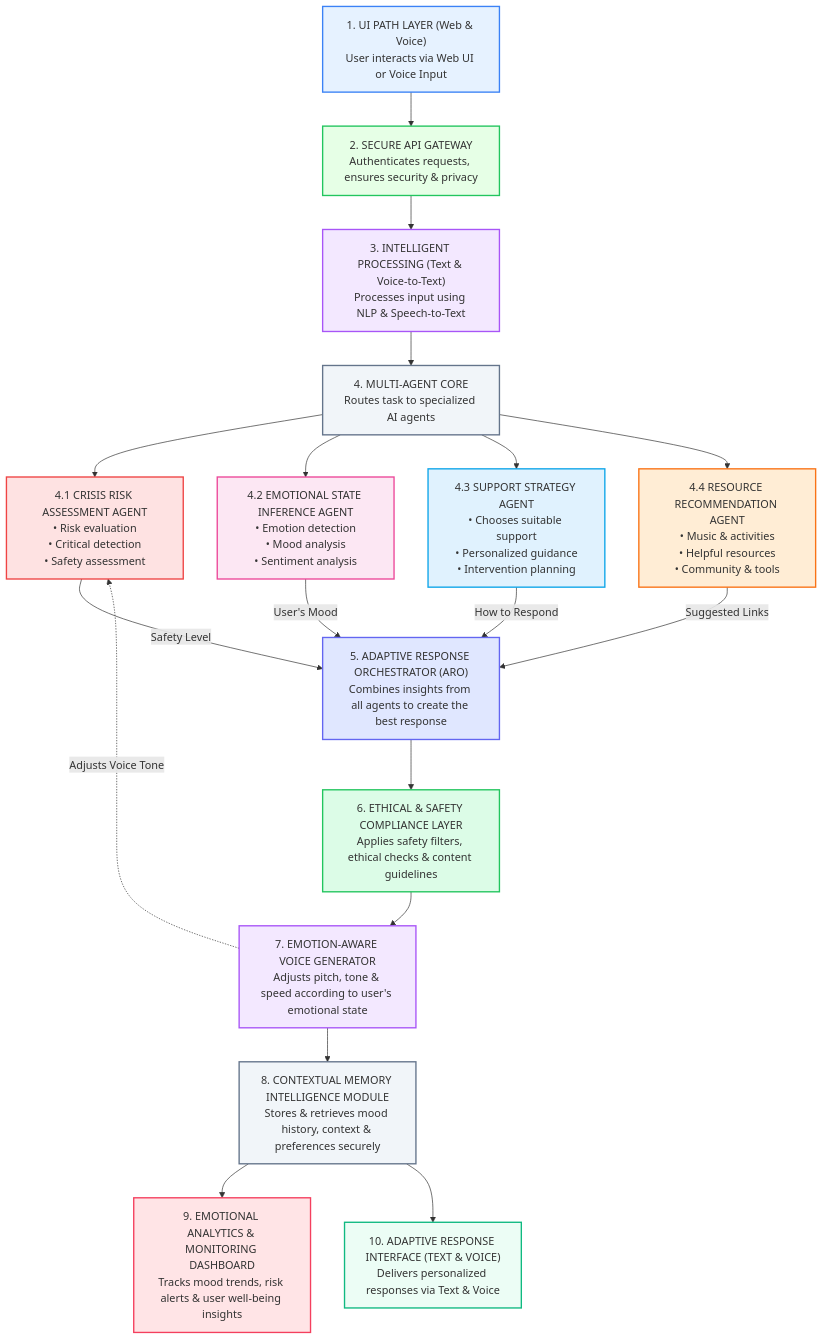
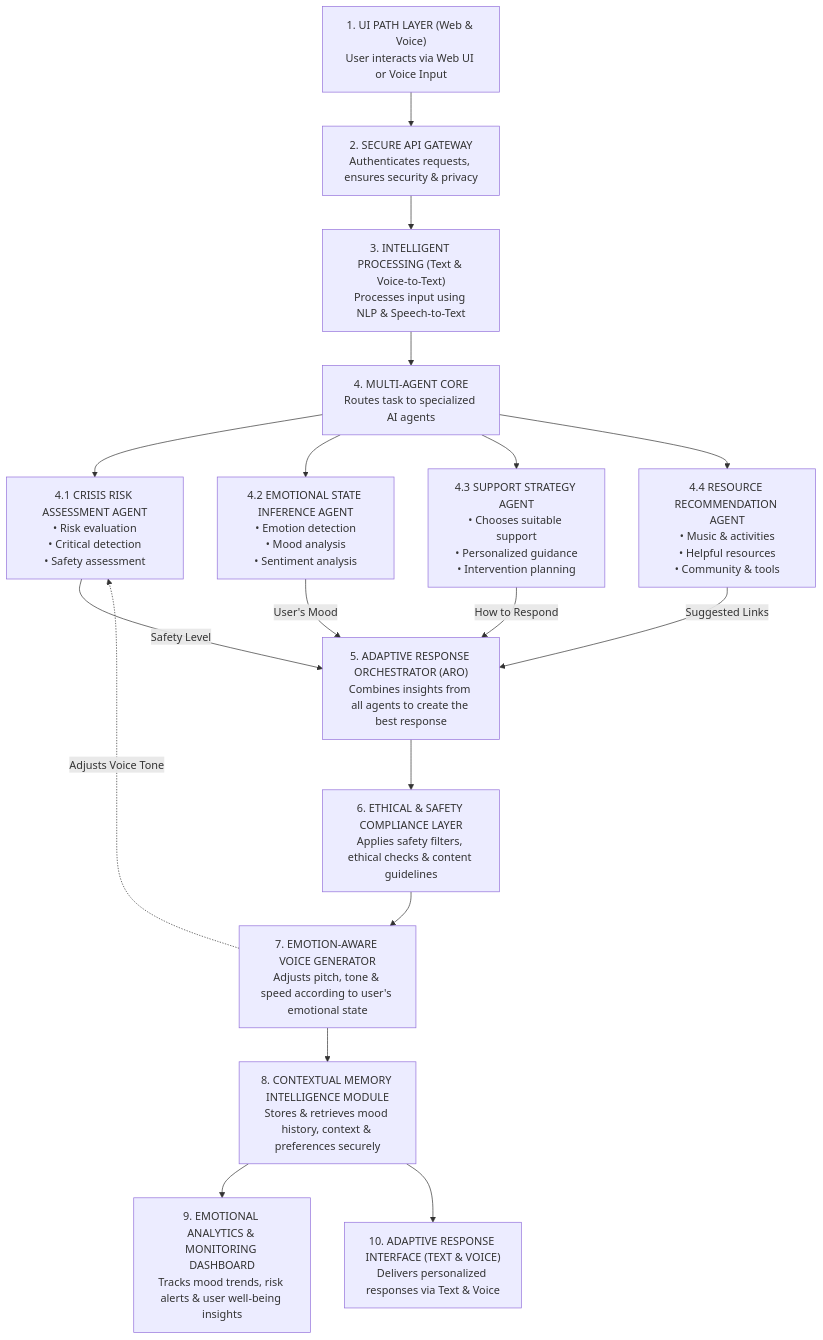
Before and after one commit to Dhanushree08/Mellow-Mind: the diagram in README.md, drawn with Mermaid.

````diff
--- a/README.md
+++ b/README.md
@@ -22,65 +22,46 @@
 ```mermaid
 graph TD
     %% Nodes
     A["1. UI PATH LAYER (Web & Voice)<br/>User interacts via Web UI or Voice Input"]
     B["2. SECURE API GATEWAY<br/>Authenticates requests, ensures security & privacy"]
     C["3. INTELLIGENT PROCESSING (Text & Voice-to-Text)<br/>Processes input using NLP & Speech-to-Text"]
     D["4. MULTI-AGENT CORE<br/>Routes task to specialized AI agents"]
     
     E1["4.1 CRISIS RISK ASSESSMENT AGENT<br/>• Risk evaluation<br/>• Critical detection<br/>• Safety assessment"]
     E2["4.2 EMOTIONAL STATE INFERENCE AGENT<br/>• Emotion detection<br/>• Mood analysis<br/>• Sentiment analysis"]
     E3["4.3 SUPPORT STRATEGY AGENT<br/>• Chooses suitable support<br/>• Personalized guidance<br/>• Intervention planning"]
     E4["4.4 RESOURCE RECOMMENDATION AGENT<br/>• Music & activities<br/>• Helpful resources<br/>• Community & tools"]
     
     F["5. ADAPTIVE RESPONSE ORCHESTRATOR (ARO)<br/>Combines insights from all agents to create the best response"]
     G["6. ETHICAL & SAFETY COMPLIANCE LAYER<br/>Applies safety filters, ethical checks & content guidelines"]
     H["7. EMOTION-AWARE VOICE GENERATOR<br/>Adjusts pitch, tone & speed according to user's emotional state"]
     I["8. CONTEXTUAL MEMORY INTELLIGENCE MODULE<br/>Stores & retrieves mood history, context & preferences securely"]
     
     J1["9. EMOTIONAL ANALYTICS & MONITORING DASHBOARD<br/>Tracks mood trends, risk alerts & user well-being insights"]
     J2["10. ADAPTIVE RESPONSE INTERFACE (TEXT & VOICE)<br/>Delivers personalized responses via Text & Voice"]
 
     %% Edges
     A --> B
     B --> C
     C --> D
     
     D --> E1
     D --> E2
     D --> E3
     D --> E4
     
     E1 -- "Safety Level" --> F
     E2 -- "User's Mood" --> F
     E3 -- "How to Respond" --> F
     E4 -- "Suggested Links" --> F
     
     F --> G
     G --> H
     H --> I
     
     I --> J1
     I --> J2
     
     %% Feedback Loop
     H -. "Adjusts Voice Tone" .-> E1
-
-    %% Styling to match the image colors
-    style A fill:#e6f2ff,stroke:#3b82f6,stroke-width:2px
-    style B fill:#e6ffe6,stroke:#22c55e,stroke-width:2px
-    style C fill:#f3e8ff,stroke:#a855f7,stroke-width:2px
-    style D fill:#f1f5f9,stroke:#64748b,stroke-width:2px
-    
-    style E1 fill:#fee2e2,stroke:#ef4444,stroke-width:2px
-    style E2 fill:#fce7f3,stroke:#ec4899,stroke-width:2px
-    style E3 fill:#e0f2fe,stroke:#0ea5e9,stroke-width:2px
-    style E4 fill:#ffedd5,stroke:#f97316,stroke-width:2px
-    
-    style F fill:#e0e7ff,stroke:#6366f1,stroke-width:2px
-    style G fill:#dcfce7,stroke:#22c55e,stroke-width:2px
-    style H fill:#f3e8ff,stroke:#a855f7,stroke-width:2px
-    style I fill:#f1f5f9,stroke:#64748b,stroke-width:2px
-    
-    style J1 fill:#ffe4e6,stroke:#f43f5e,stroke-width:2px
-    style J2 fill:#ecfdf5,stroke:#10b981,stroke-width:2px
 ```
````
